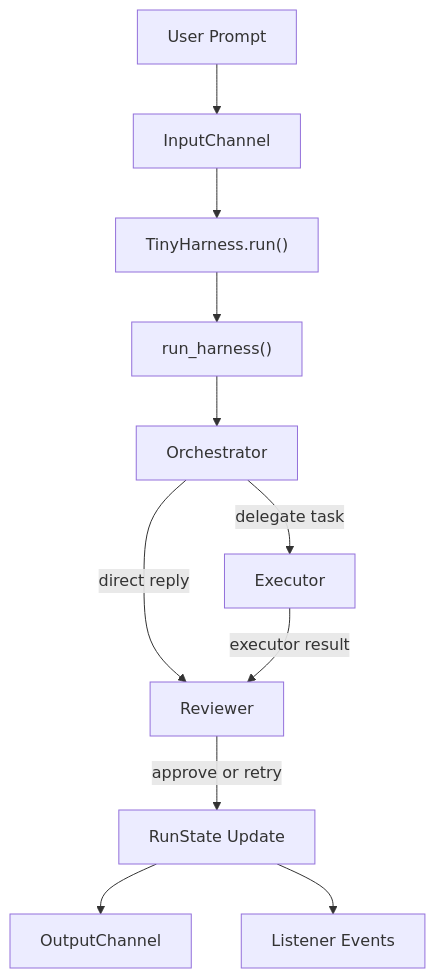
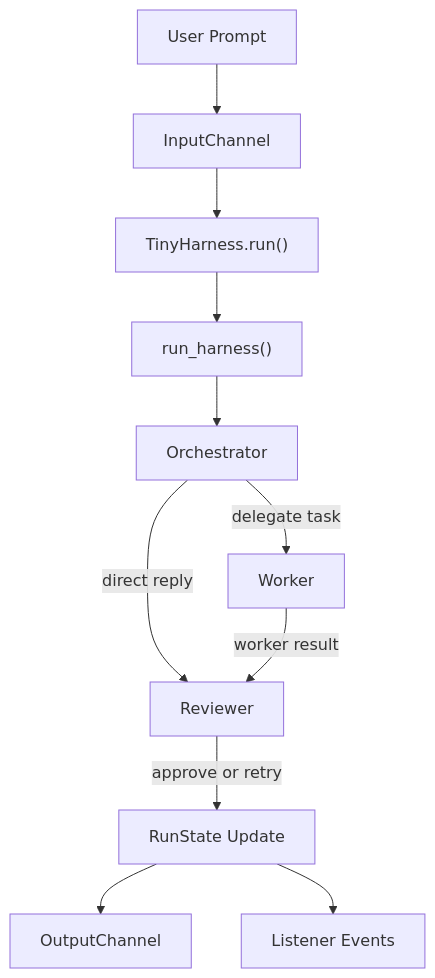
The diagram in README.md (junyeong-nero/tiny-agent-harness), drawn with Mermaid before and after one commit. The commit also changed other lines of this file, not shown here.

Commit message:
[docs] Rename executor references to worker

````diff
--- a/README.md
+++ b/README.md
@@ -55,13 +55,13 @@
 ```mermaid
 graph TD
     U["User Prompt"] --> IC["InputChannel"]
     IC --> TH["TinyHarness.run()"]
     TH --> RH["run_harness()"]
     RH --> O["Orchestrator"]
-    O -->|delegate task| E["Executor"]
+    O -->|delegate task| E["Worker"]
     O -->|direct reply| R["Reviewer"]
-    E -->|executor result| R["Reviewer"]
+    E -->|worker result| R["Reviewer"]
     R -->|approve or retry| S["RunState Update"]
     S --> OC["OutputChannel"]
     S --> LC["Listener Events"]
 ```
````
